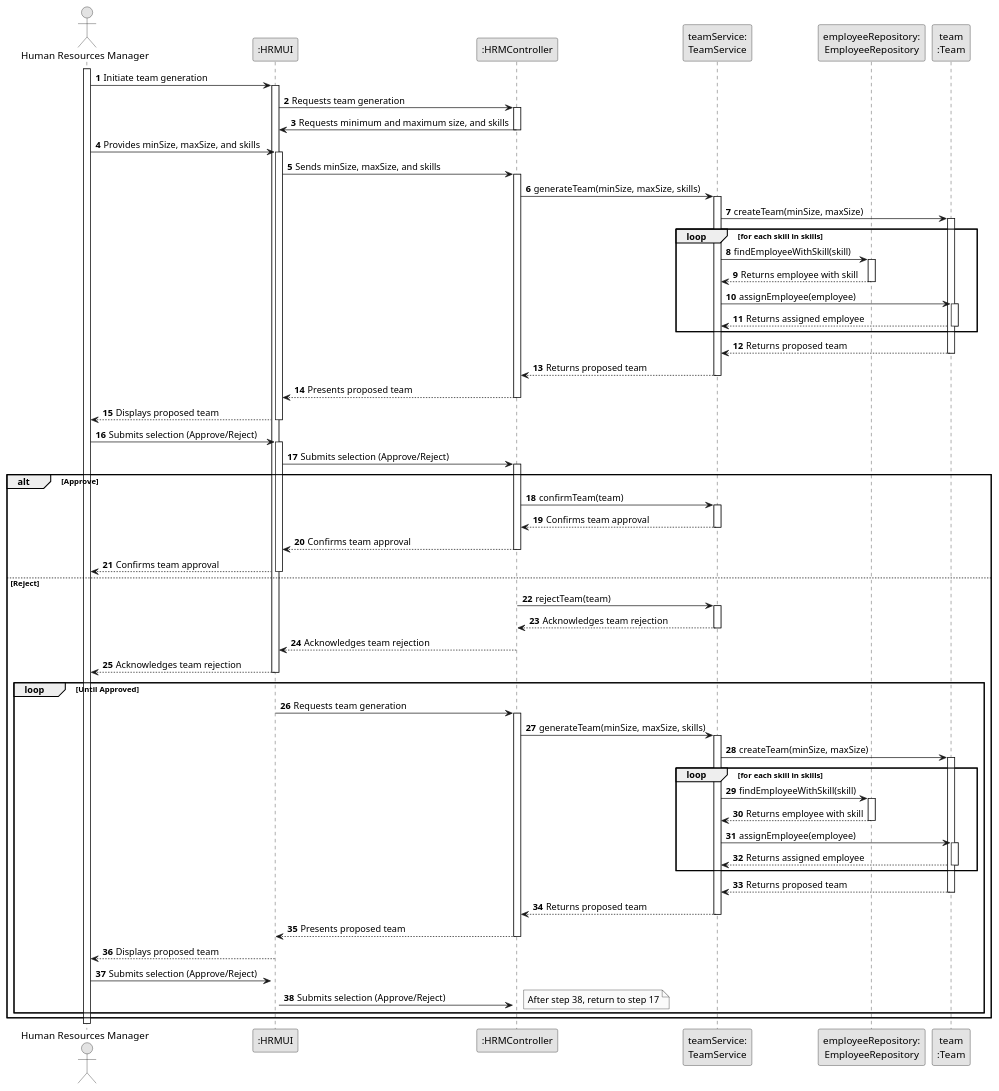
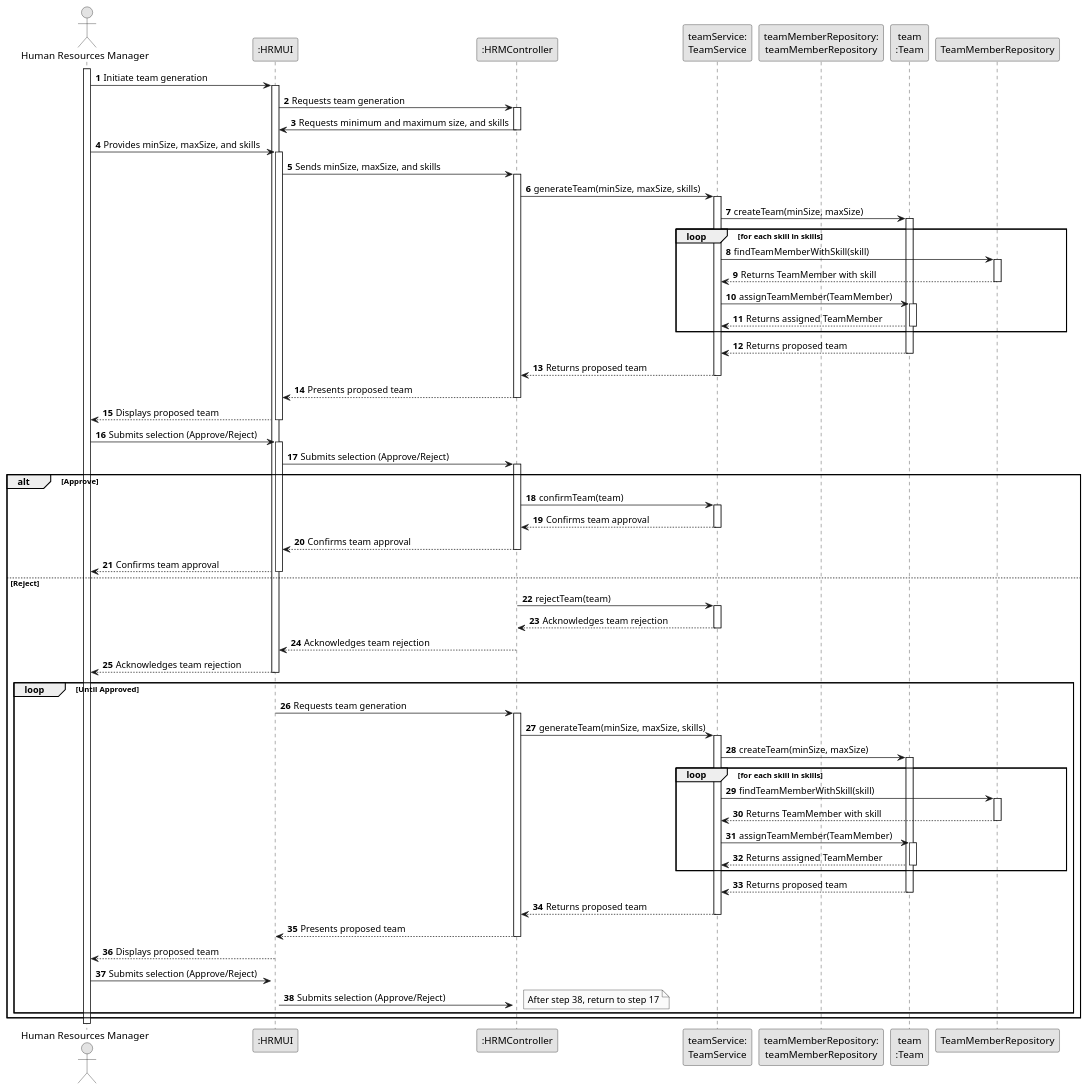
One commit to Mendoncaa/LAPR2 changed the diagram in docs/sprintB/us005/03.design/puml/us05-sequence-diagram-full.puml. Above: the diagram before and after it, drawn with PlantUML. The commit also changed 7 other files, not shown here.

```diff
--- a/docs/sprintB/us005/03.design/puml/us05-sequence-diagram-full.puml
+++ b/docs/sprintB/us005/03.design/puml/us05-sequence-diagram-full.puml
@@ -1,147 +1,147 @@
 @startuml
 skinparam monochrome true
 skinparam packageStyle rectangle
 skinparam shadowing false
 
 autonumber
 
 actor "Human Resources Manager" as HRM
 participant ":HRMUI" as HRMUI
 participant ":HRMController" as HRMController
 participant "teamService:\nTeamService" as TeamService
-participant "employeeRepository:\nEmployeeRepository" as EmployeeRepository
+participant "teamMemberRepository:\nteamMemberRepository" as teamMemberRepository
 participant "team\n:Team" as Team
 
 activate HRM
 
 HRM -> HRMUI : Initiate team generation
 activate HRMUI
 
 HRMUI -> HRMController : Requests team generation
 activate HRMController
 
 HRMController -> HRMUI : Requests minimum and maximum size, and skills
 deactivate HRMController
 
 HRM -> HRMUI : Provides minSize, maxSize, and skills
 activate HRMUI
 
 HRMUI -> HRMController : Sends minSize, maxSize, and skills
 activate HRMController
 
 HRMController -> TeamService : generateTeam(minSize, maxSize, skills)
 activate TeamService
 
 TeamService -> Team : createTeam(minSize, maxSize)
 activate Team
 
 loop for each skill in skills
-    TeamService -> EmployeeRepository : findEmployeeWithSkill(skill)
-    activate EmployeeRepository
+    TeamService -> TeamMemberRepository : findTeamMemberWithSkill(skill)
+    activate TeamMemberRepository
 
-    EmployeeRepository --> TeamService : Returns employee with skill
-    deactivate EmployeeRepository
+    TeamMemberRepository --> TeamService : Returns TeamMember with skill
+    deactivate TeamMemberRepository
 
-    TeamService -> Team : assignEmployee(employee)
+    TeamService -> Team : assignTeamMember(TeamMember)
     activate Team
 
-    Team --> TeamService : Returns assigned employee
+    Team --> TeamService : Returns assigned TeamMember
     deactivate Team
 end
 
 Team --> TeamService : Returns proposed team
 deactivate Team
 
 TeamService --> HRMController : Returns proposed team
 deactivate TeamService
 
 HRMController --> HRMUI : Presents proposed team
 deactivate HRMController
 
 HRMUI --> HRM : Displays proposed team
 deactivate HRMUI
 
 HRM -> HRMUI : Submits selection (Approve/Reject)
 activate HRMUI
 
 HRMUI -> HRMController : Submits selection (Approve/Reject)
 activate HRMController
 
 alt Approve
     HRMController -> TeamService : confirmTeam(team)
     activate TeamService
 
     TeamService --> HRMController : Confirms team approval
     deactivate TeamService
 
     HRMController --> HRMUI : Confirms team approval
     deactivate HRMController
 
     HRMUI --> HRM : Confirms team approval
     deactivate HRMUI
 
 else Reject
 
     
     HRMController -> TeamService : rejectTeam(team)
     activate TeamService
 
     TeamService --> HRMController : Acknowledges team rejection
     deactivate TeamService
 
     HRMController --> HRMUI : Acknowledges team rejection
     deactivate HRMController
 
     HRMUI --> HRM : Acknowledges team rejection
     deactivate HRMUI
 
     ' Restart the loop for generating a new team
     loop Until Approved
         HRMUI -> HRMController : Requests team generation
         activate HRMController
 
         HRMController -> TeamService : generateTeam(minSize, maxSize, skills)
         activate TeamService
 
         TeamService -> Team : createTeam(minSize, maxSize)
         activate Team
 
         loop for each skill in skills
-            TeamService -> EmployeeRepository : findEmployeeWithSkill(skill)
-            activate EmployeeRepository
+            TeamService -> TeamMemberRepository : findTeamMemberWithSkill(skill)
+            activate TeamMemberRepository
 
-            EmployeeRepository --> TeamService : Returns employee with skill
-            deactivate EmployeeRepository
+            TeamMemberRepository --> TeamService : Returns TeamMember with skill
+            deactivate TeamMemberRepository
 
-            TeamService -> Team : assignEmployee(employee)
+            TeamService -> Team : assignTeamMember(TeamMember)
             activate Team
 
-            Team --> TeamService : Returns assigned employee
+            Team --> TeamService : Returns assigned TeamMember
             deactivate Team
         end
 
         Team --> TeamService : Returns proposed team
         deactivate Team
 
         TeamService --> HRMController : Returns proposed team
         deactivate TeamService
 
         HRMController --> HRMUI : Presents proposed team
         deactivate HRMController
 
         HRMUI --> HRM : Displays proposed team
         deactivate HRMUI
 
         HRM -> HRMUI : Submits selection (Approve/Reject)
         activate HRMUI
 
         HRMUI -> HRMController : Submits selection (Approve/Reject)
         activate HRMController
 
         note right: After step 38, return to step 17
     
     end loop
 
 end loop
 
 @enduml
```
